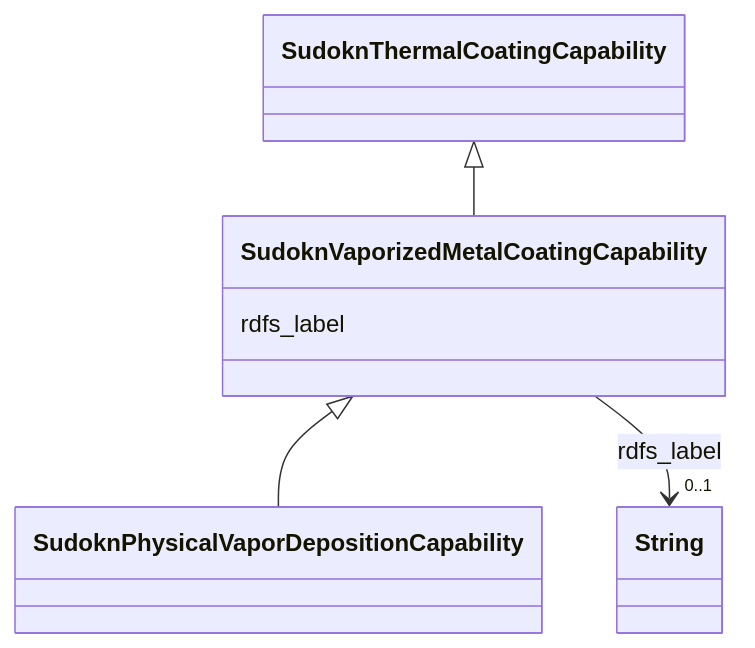
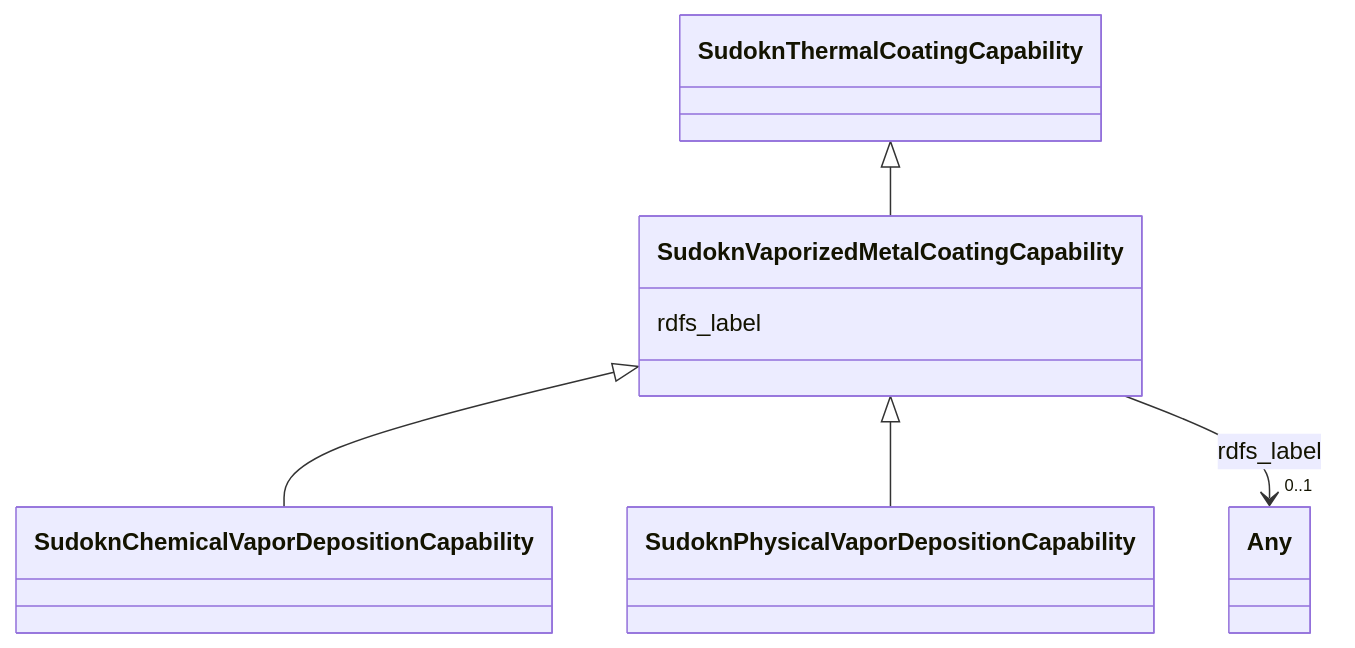
One commit to frink-okn/graph-descriptions changed the diagram in sudokn-kg/classes/SudoknVaporizedMetalCoatingCapability.md. Above: the diagram before and after it, drawn with Mermaid. The commit also changed other lines of this file and 903 other files, not shown here.

````diff
--- a/sudokn-kg/classes/SudoknVaporizedMetalCoatingCapability.md
+++ b/sudokn-kg/classes/SudoknVaporizedMetalCoatingCapability.md
@@ -23,23 +18,25 @@
 ```mermaid
  classDiagram
     class SudoknVaporizedMetalCoatingCapability
     click SudoknVaporizedMetalCoatingCapability href "../SudoknVaporizedMetalCoatingCapability"
       SudoknThermalCoatingCapability <|-- SudoknVaporizedMetalCoatingCapability
         click SudoknThermalCoatingCapability href "../SudoknThermalCoatingCapability"
       
 
+      SudoknVaporizedMetalCoatingCapability <|-- SudoknChemicalVaporDepositionCapability
+        click SudoknChemicalVaporDepositionCapability href "../SudoknChemicalVaporDepositionCapability"
       SudoknVaporizedMetalCoatingCapability <|-- SudoknPhysicalVaporDepositionCapability
         click SudoknPhysicalVaporDepositionCapability href "../SudoknPhysicalVaporDepositionCapability"
       
       
       SudoknVaporizedMetalCoatingCapability : rdfs_label
         
           
     
     
-    SudoknVaporizedMetalCoatingCapability --> "0..1" String : rdfs_label
-    click String href "../String"
+    SudoknVaporizedMetalCoatingCapability --> "0..1" Any : rdfs_label
+    click Any href "../Any"
 
         
       
 ```
````
